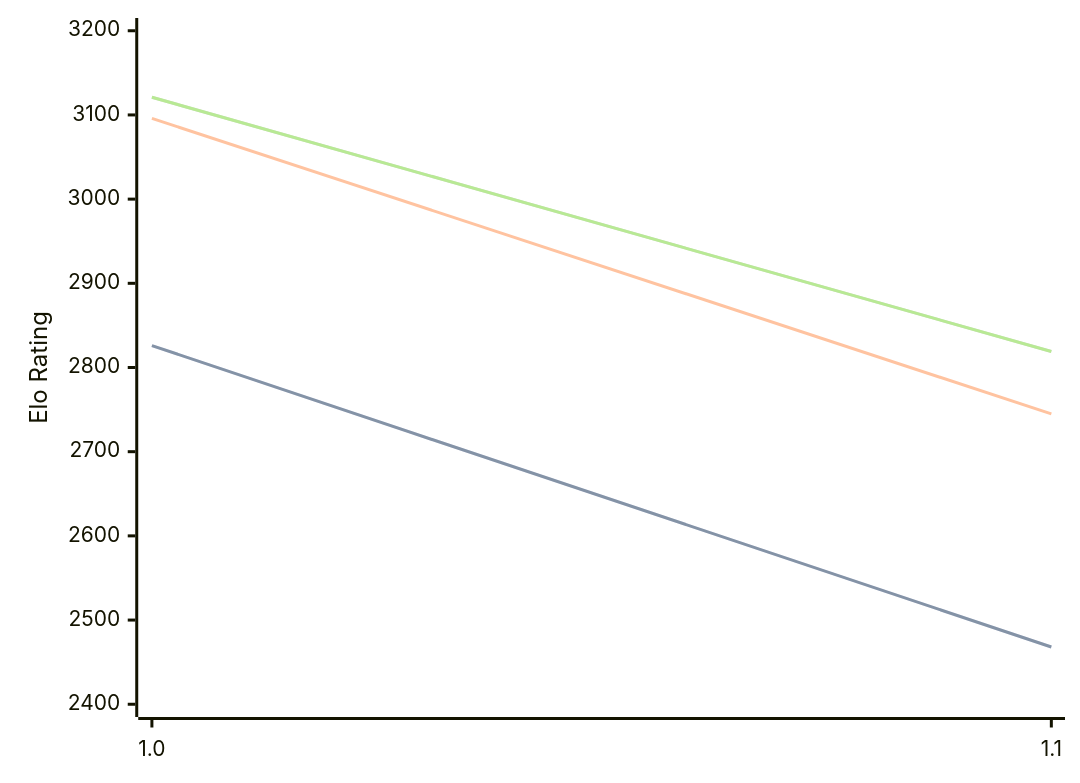
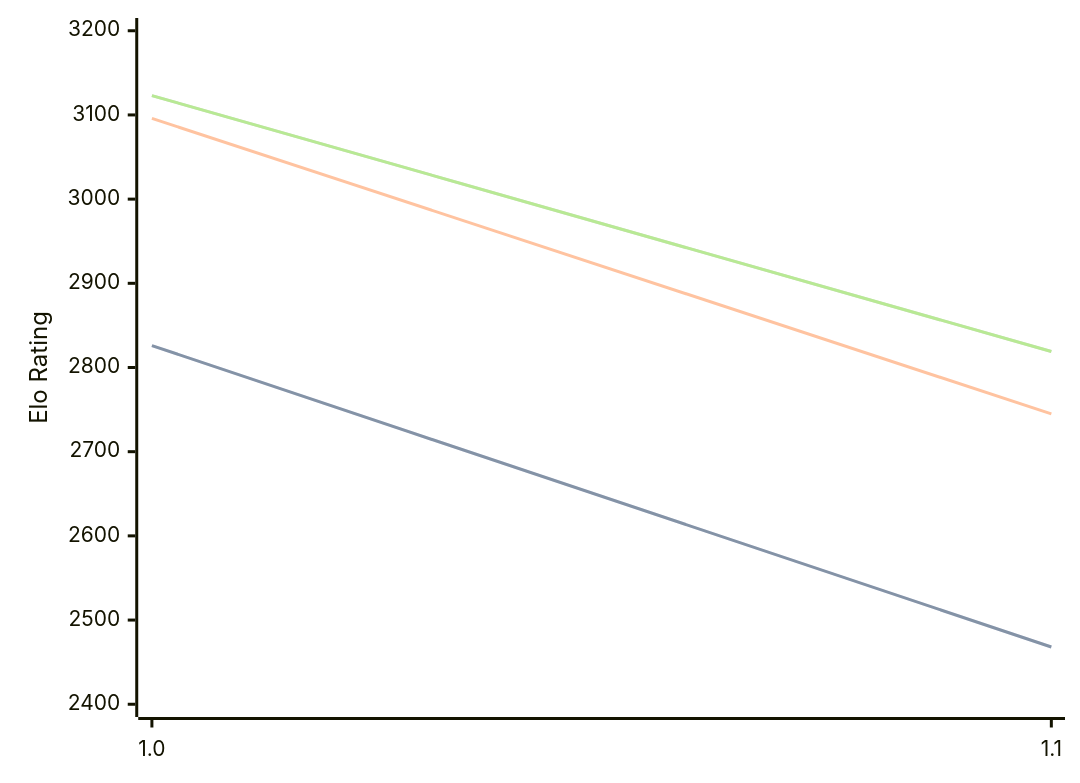
The third of 3 diagrams in engines/Publius.md (computer-chess-index/cci), drawn with Mermaid before and after one commit. The commit also changed other lines of this file, not shown here.

Commit message:
Update CCI Ratings (ELO VLTC) - 2026-06-30

````diff
--- a/engines/Publius.md
+++ b/engines/Publius.md
@@ -65,11 +65,11 @@
 ```mermaid
 %%{init: {"theme":"base","themeVariables":{"seriesColors:['#a3a3a3','#222221','#faa371']}}}%%
 xychart-beta
   x-axis ["1.0", "1.1"]
   y-axis "Elo Rating" 2400 --> 3200
   line "STC (8.0+0.08s)" [2826, 2468]
   line "STC (8.0+0.08s)" [2826, 2468]
   line "LTC (60.0+0.60s)" [3096, 2745]
-  line "VLTC (2m24s+1.12s)" [3121, 2819]
-  line "VLTC (2m24s+1.12s)" [3121, 2819]
+  line "VLTC (2m24s+1.12s)" [3123, 2819]
+  line "VLTC (2m24s+1.12s)" [3123, 2819]
 ```
````
